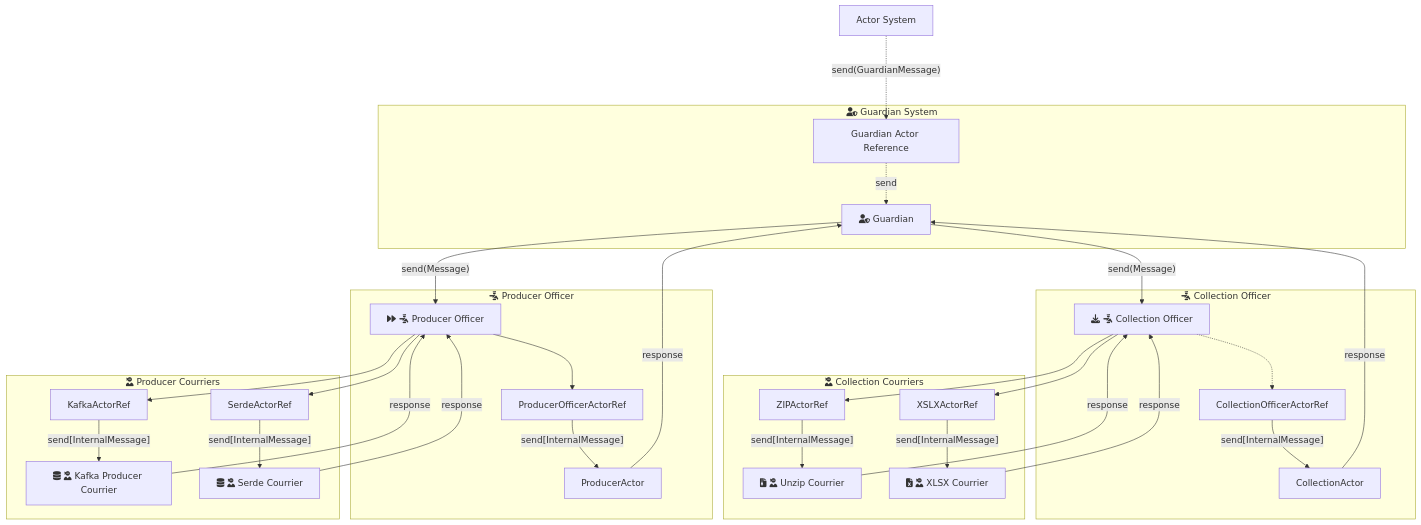
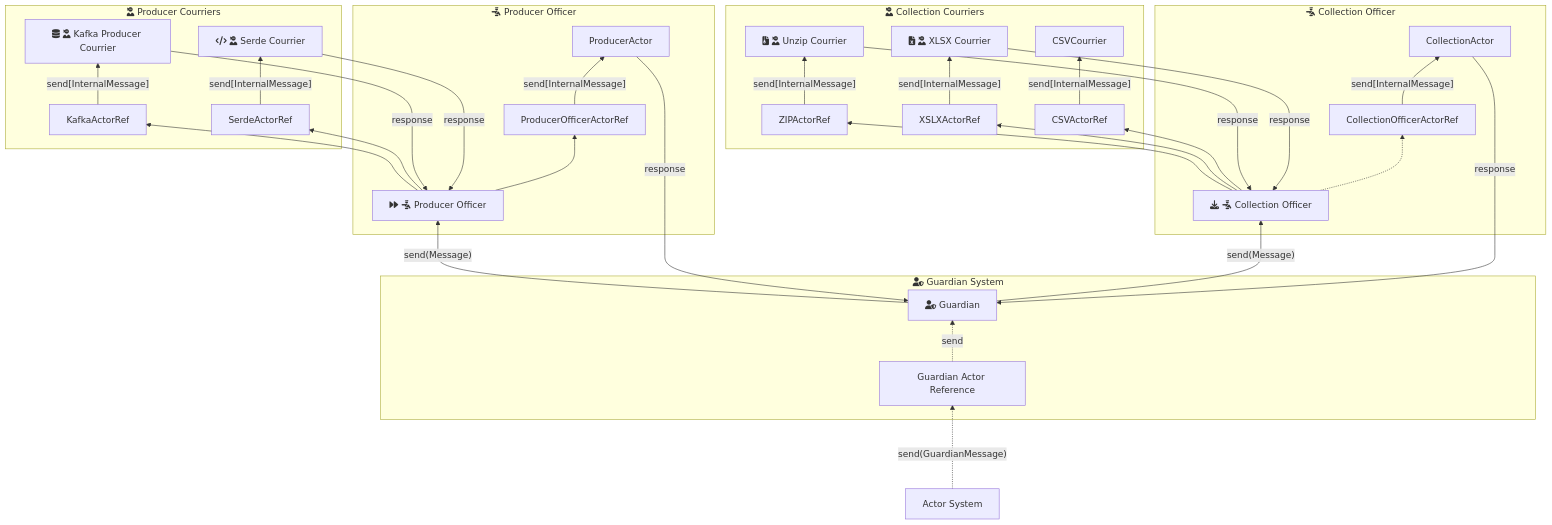
The second of 2 diagrams in architecture/emmisary.md (professor-greebie/sids), drawn with Mermaid before and after one commit. The commit also changed other lines of this file and 7 other files, not shown here.

````diff
--- a/architecture/emmisary.md
+++ b/architecture/emmisary.md
@@ -60,45 +63,46 @@
 ```mermaid
 
-flowchart TD
+flowchart BT
     ActorSystem["Actor System"]
     Guardian["fa:fa-user-shield Guardian"]
     GuardianActorRef["Guardian Actor Reference"]
     CollectionOfficer["fa:fa-download fa:fa-person-military-pointing Collection Officer"]
     ProducerOfficer["fa:fa-forward fa:fa-person-military-pointing Producer Officer"]
     UnzipCourrier["fa:fa-file-zipper fa:fa-user-ninja Unzip Courrier"]
     KafkaProducer["fa:fa-database fa:fa-user-ninja Kafka Producer Courrier"]
     XLSXReader["fa:fa-file-excel fa:fa-user-ninja XLSX Courrier"]
-    Serde["fa:fa-database fa:fa-user-ninja Serde Courrier"]
+    Serde["fa:fa-code fa:fa-user-ninja Serde Courrier"]
     
     ActorSystem -. send(GuardianMessage) ..-> GuardianActorRef
     
     subgraph guardian ["fa:fa-user-shield Guardian System"]
-    GuardianActorRef -. send .-> Guardian
+      GuardianActorRef -. send .-> Guardian
     end
     subgraph officer ["fa:fa-person-military-pointing Collection Officer"]
-    Guardian --send(Message) --> CollectionOfficer
-    CollectionOfficer -.-> CollectionOfficerActorRef -- send[InternalMessage] --> CollectionActor
+      Guardian --send(Message) --> CollectionOfficer
+      CollectionOfficer -.-> CollectionOfficerActorRef -- send[InternalMessage] --> CollectionActor
     end
     subgraph collection["fa:fa-user-ninja Collection Courriers"]
-    CollectionOfficer --> XSLXActorRef -- send[InternalMessage] --> XLSXReader
-    CollectionOfficer --> ZIPActorRef -- send[InternalMessage] --> UnzipCourrier
+      CollectionOfficer --> XSLXActorRef -- send[InternalMessage] --> XLSXReader
+      CollectionOfficer --> ZIPActorRef -- send[InternalMessage] --> UnzipCourrier
+      CollectionOfficer --> CSVActorRef -- send[InternalMessage] --> CSVCourrier
     end
     subgraph producerOfficer["fa:fa-person-military-pointing Producer Officer"]
-    Guardian -- send(Message) --> ProducerOfficer
-    ProducerOfficer --> ProducerOfficerActorRef -- send[InternalMessage] --> ProducerActor
+      Guardian -- send(Message) --> ProducerOfficer
+      ProducerOfficer --> ProducerOfficerActorRef -- send[InternalMessage] --> ProducerActor
     end
     subgraph producer["fa:fa-user-ninja Producer Courriers"]
-    ProducerOfficer --> SerdeActorRef -- send[InternalMessage] --> Serde
-    ProducerOfficer --> KafkaActorRef -- send[InternalMessage] --> KafkaProducer
+      ProducerOfficer --> SerdeActorRef -- send[InternalMessage] --> Serde
+      ProducerOfficer --> KafkaActorRef -- send[InternalMessage] --> KafkaProducer
     end
     CollectionActor -- response --> Guardian 
     ProducerActor -- response --> Guardian
     Serde -- response --> ProducerOfficer
     KafkaProducer -- response --> ProducerOfficer
     XLSXReader -- response --> CollectionOfficer
     UnzipCourrier -- response --> CollectionOfficer
 
 
 
 
 ```
````
